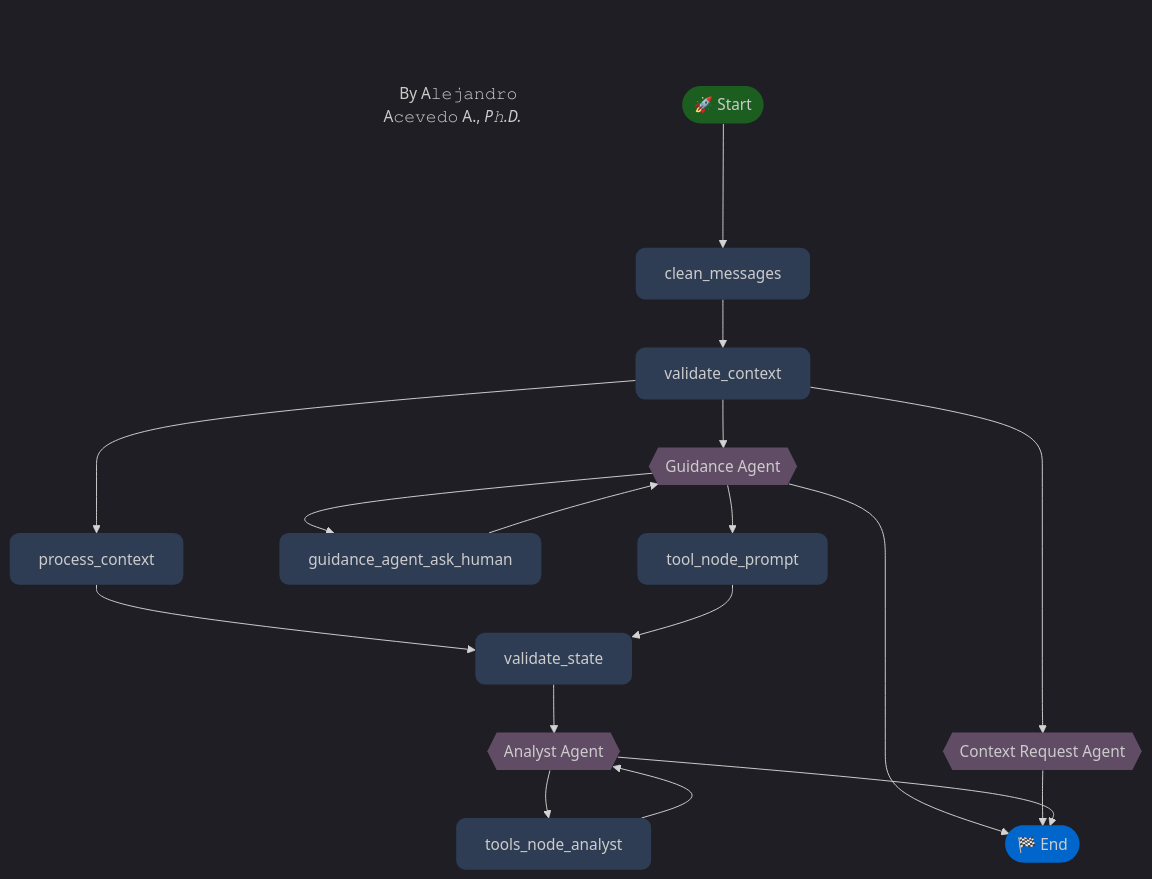
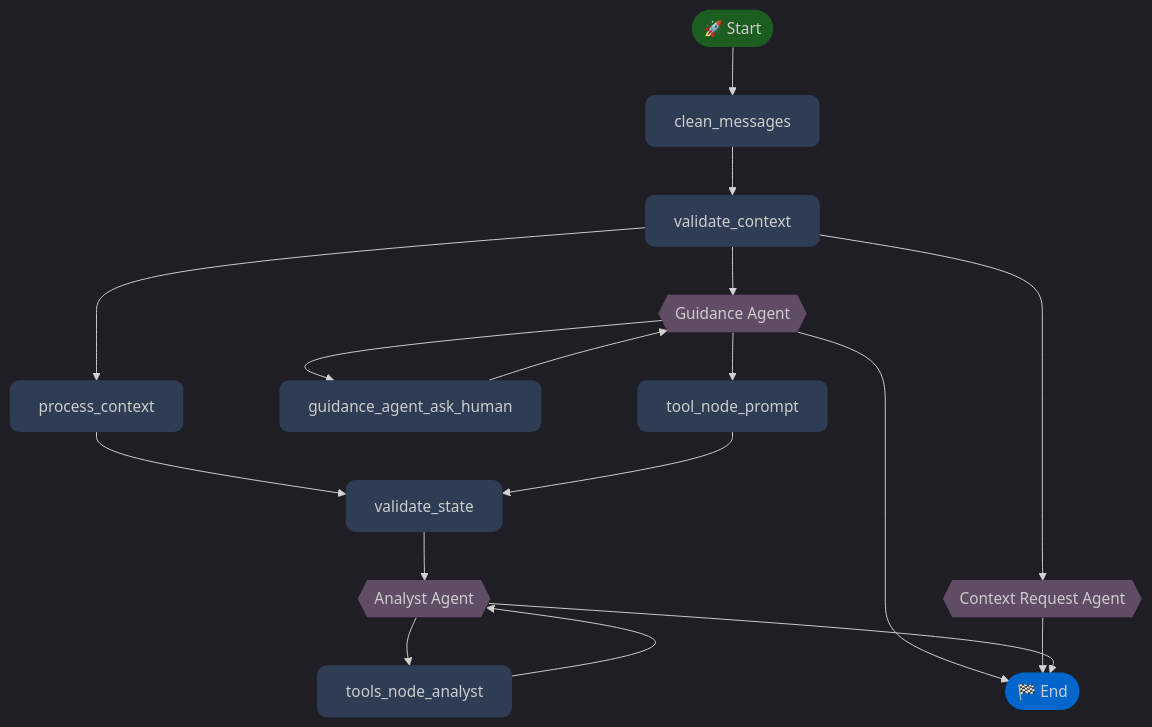
The diagram in README.md (Cognition-Flux/Grokker), drawn with Mermaid before and after one commit. The commit also changed other lines of this file, not shown here.

````diff
--- a/README.md
+++ b/README.md
@@ -3,61 +9,48 @@
 ```mermaid
 %%{
     init: {
         'theme': 'dark',
         'flowchart': {
             'curve': 'basis',
             'defaultLinkColor': '#4B6B8C',
             'nodeSpacing': 100,
             'rankSpacing': 50
         }
     }
 }%%
 graph TD;
-    subgraph author[" "]
-        direction LR
-        auth["By A𝚕𝚎𝚓𝚊𝚗𝚍𝚛𝚘 A𝚌𝚎𝚟𝚎𝚍𝚘 A., <i>P𝚑.D.</i>"]
-        style auth fill:none,stroke:none,text-align:right
-    end
-    style author fill:none,stroke:none
-    classDef authorStyle text-align:right;
-    class auth authorStyle
-    
-    %% Posicionamiento del autor en la esquina superior derecha
-    author-->|" "|MainContent[" "]
-    style MainContent fill:none,stroke:none
-    linkStyle 0 stroke:none
     START([🚀 Start]):::first --> clean_messages
     clean_messages --> validate_context
     
     validate_context --> guidance_agent{{Guidance Agent}}
     validate_context --> process_context
     validate_context --> context_request_agent{{Context Request Agent}}
     
     guidance_agent{{Guidance Agent}} --> guidance_agent_ask_human
     guidance_agent{{Guidance Agent}} --> tool_node_prompt
     guidance_agent{{Guidance Agent}} --> END([🏁 End]):::last
     
     guidance_agent_ask_human --> guidance_agent{{Guidance Agent}}
     
     process_context --> validate_state
     tool_node_prompt --> validate_state
     
     context_request_agent{{Context Request Agent}} --> END
     
     validate_state --> analyst_agent{{Analyst Agent}}
     
     analyst_agent{{Analyst Agent}} --> tools_node_analyst
     analyst_agent{{Analyst Agent}} --> END
     
     tools_node_analyst --> analyst_agent{{Analyst Agent}}
 
     classDef default fill:#2E3D54,stroke:none,rx:10,ry:10;
     classDef first fill:#1B5E20,stroke:none,rx:15,ry:15;
     classDef last fill:#0066CC,stroke:none,rx:15,ry:15;
     classDef agent fill:#614C66,stroke:none;
     
     %% Styling for agents
     style guidance_agent fill:#614C66,stroke:none
     style analyst_agent fill:#614C66,stroke:none
     style context_request_agent fill:#614C66,stroke:none
 ```
````
